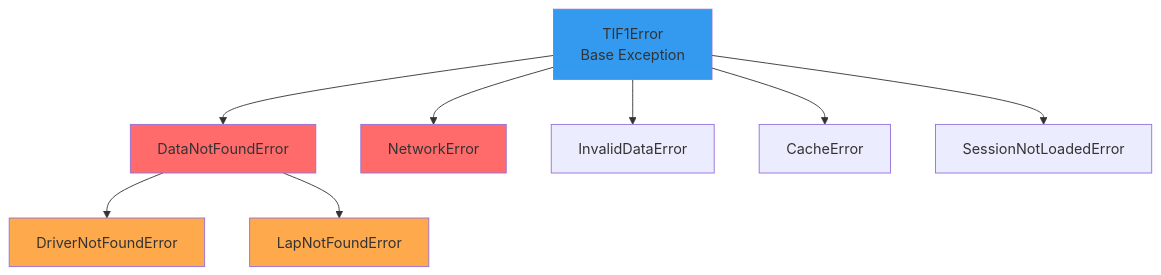
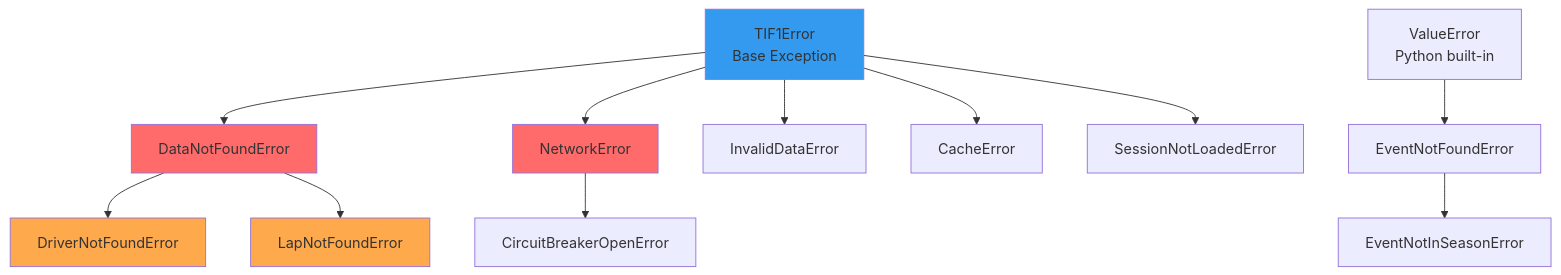
The diagram in docs/guides/error-handling.mdx (TracingInsights/tif1), drawn with Mermaid before and after one commit. The commit also changed other lines of this file and 145 other files, not shown here.

````diff
--- a/docs/guides/error-handling.mdx
+++ b/docs/guides/error-handling.mdx
@@ -16,19 +16,24 @@
 ```mermaid
 graph TD
     TIF1Error[TIF1Error<br/>Base Exception]
 
     TIF1Error --> DataNotFoundError
     TIF1Error --> NetworkError
     TIF1Error --> InvalidDataError
     TIF1Error --> CacheError
     TIF1Error --> SessionNotLoadedError
 
     DataNotFoundError --> DriverNotFoundError
     DataNotFoundError --> LapNotFoundError
+    NetworkError --> CircuitBreakerOpenError
+
+    ValueError[ValueError<br/>Python built-in]
+    ValueError --> EventNotFoundError
+    EventNotFoundError --> EventNotInSeasonError
 
     style TIF1Error fill:#339af0
     style DataNotFoundError fill:#ff6b6b
     style NetworkError fill:#ff6b6b
     style DriverNotFoundError fill:#ffa94d
     style LapNotFoundError fill:#ffa94d
 ```
````
